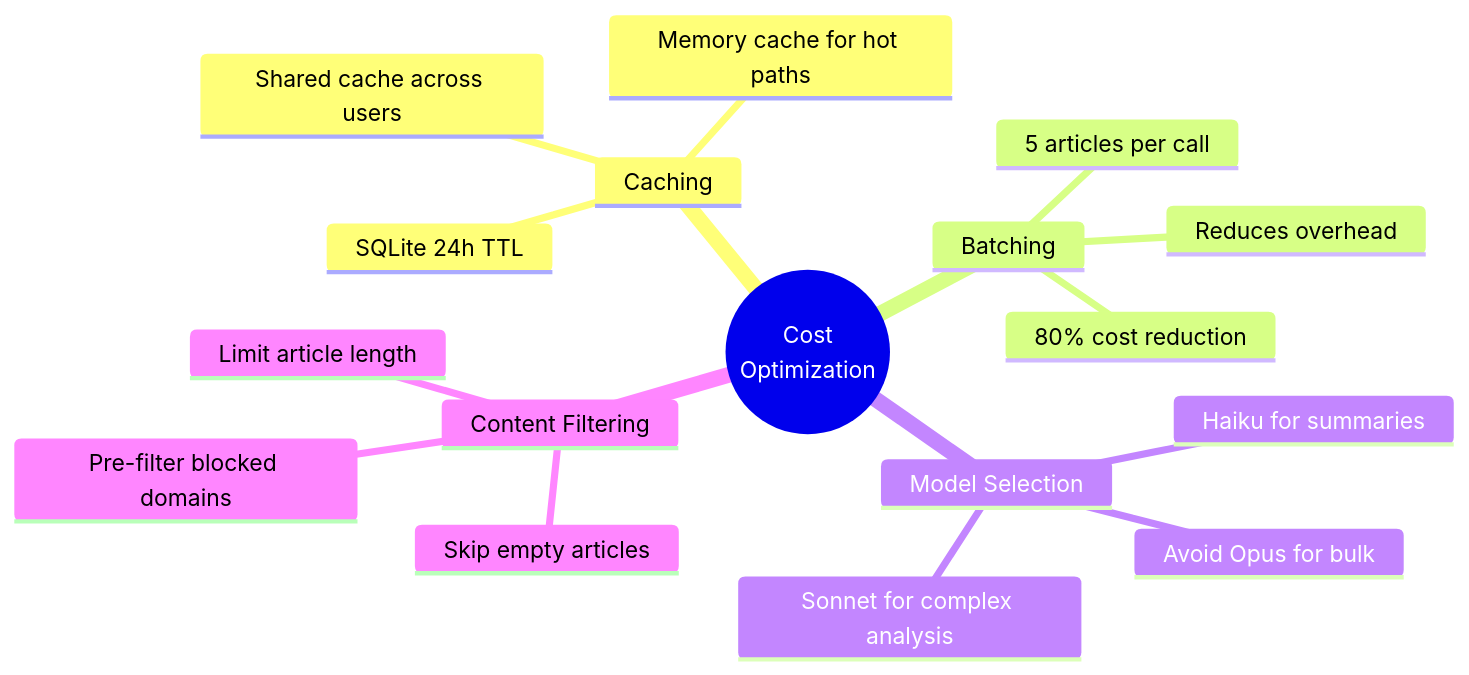
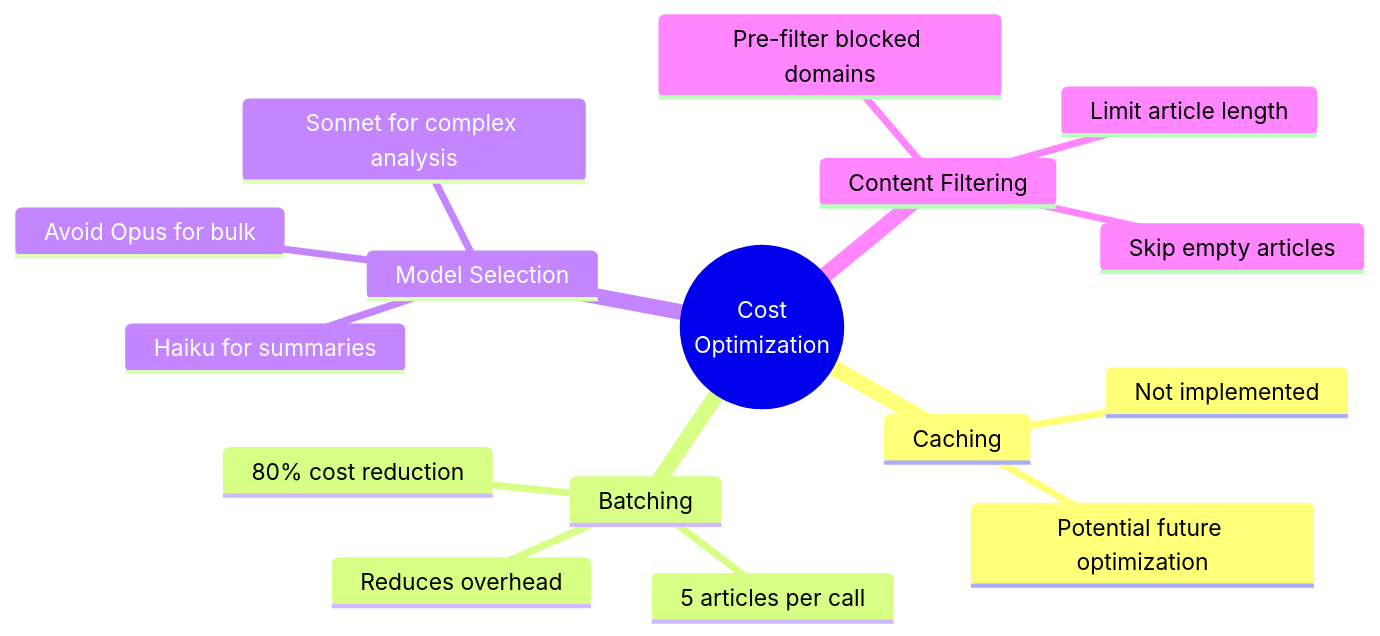
Before and after one commit to darth-dodo/hn-herald: diagram 24 of 26 in docs/codebase-summary.md, drawn with Mermaid. The commit also changed other lines of this file and 17 other files, not shown here.

````diff
--- a/docs/codebase-summary.md
+++ b/docs/codebase-summary.md
@@ -1699,20 +1667,19 @@
 ```mermaid
 mindmap
   root((Cost<br/>Optimization))
     Caching
-      SQLite 24h TTL
-      Memory cache for hot paths
-      Shared cache across users
+      Not implemented
+      Potential future optimization
     Batching
       5 articles per call
       Reduces overhead
       80% cost reduction
     Model Selection
       Haiku for summaries
       Sonnet for complex analysis
       Avoid Opus for bulk
     Content Filtering
       Pre-filter blocked domains
       Skip empty articles
       Limit article length
 ```
````
